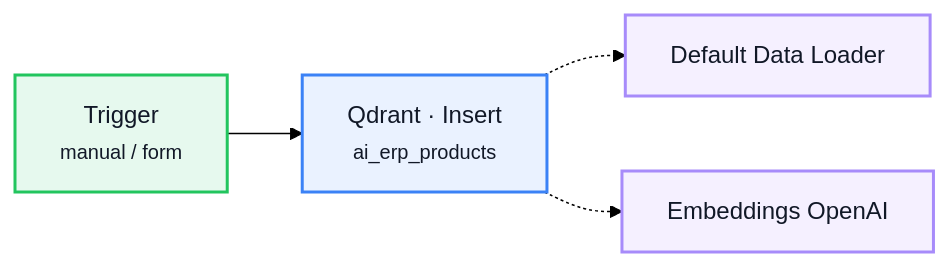
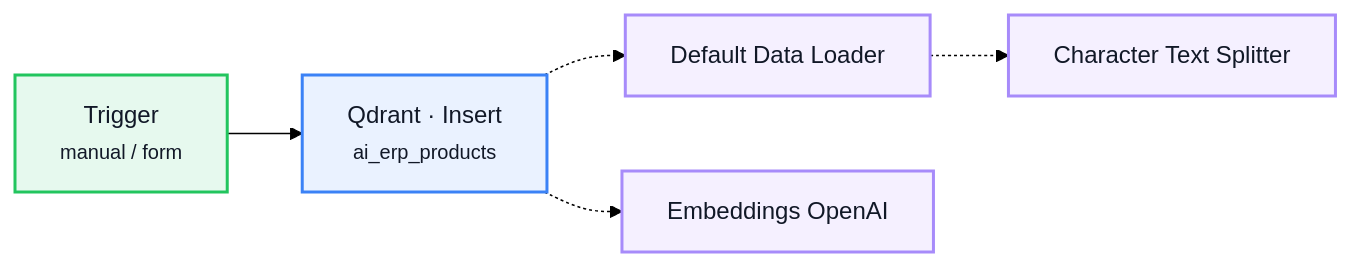
The diagram in docs/diagrams/07-products-embedding.md (hadasvn/AI-ERP-n8n-airtable), drawn with Mermaid (forest theme) before and after one commit. The commit also changed other lines of this file and 2 other files, not shown here.

Commit message:
Fix WF7 docs/diagram to match reality: it does chunk (has a text splitter)

````diff
--- a/docs/diagrams/07-products-embedding.md
+++ b/docs/diagrams/07-products-embedding.md
@@ -5,15 +5,17 @@
 ```mermaid
 flowchart LR
     classDef trigger fill:#e6f9ee,stroke:#22c55e,stroke-width:2px,color:#111827;
     classDef app fill:#eaf2ff,stroke:#3b82f6,stroke-width:2px,color:#111827;
     classDef subnode fill:#f5f0ff,stroke:#a78bfa,stroke-width:2px,color:#111827;
 
     T["Trigger<br/><small>manual / form</small>"]:::trigger
     L["Default Data Loader"]:::subnode
+    SP["Character Text Splitter"]:::subnode
     E["Embeddings OpenAI"]:::subnode
     Q["Qdrant · Insert<br/><small>ai_erp_products</small>"]:::app
 
     T --> Q
     Q -.-> L
+    L -.-> SP
     Q -.-> E
 ```
````
